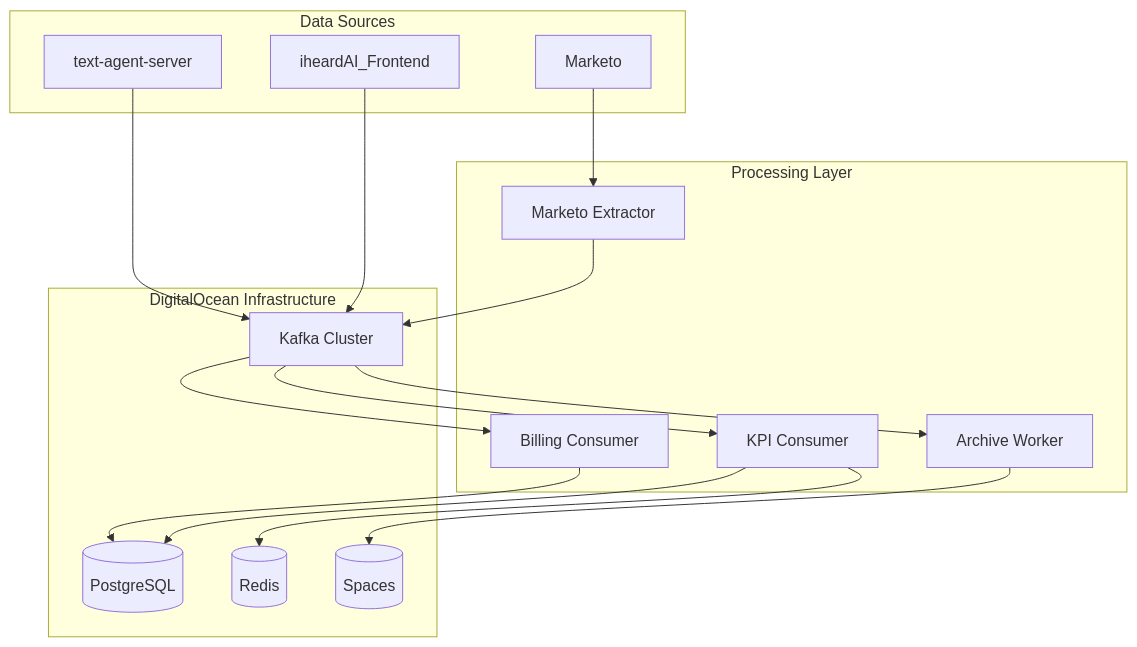
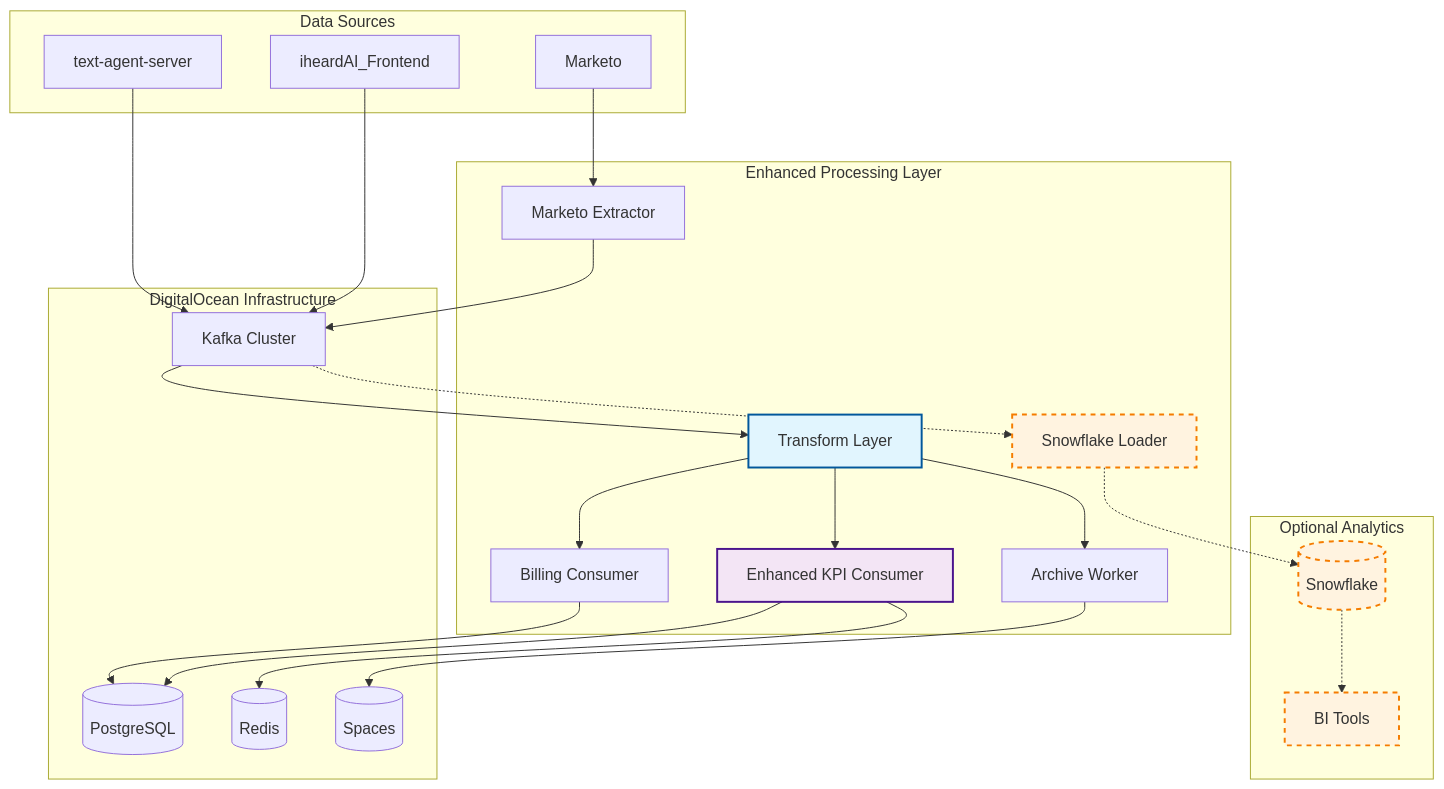
The first of 2 diagrams in README.md (SankaiAI/iheardai-data-pipeline), drawn with Mermaid before and after one commit. The commit also changed other lines of this file and 12 other files, not shown here.

First line of the commit message:
Add comprehensive Transform Layer with enhanced analytics

````diff
--- a/README.md
+++ b/README.md
@@ -12,36 +12,54 @@
 ```mermaid
 graph TB
     subgraph "Data Sources"
         FE[iheardAI_Frontend]
         TS[text-agent-server]
         MK[Marketo]
     end
     
     subgraph "DigitalOcean Infrastructure"
         KAFKA[Kafka Cluster]
         PG[(PostgreSQL)]
         REDIS[(Redis)]
         SPACES[(Spaces)]
     end
     
-    subgraph "Processing Layer"
-        KPI[KPI Consumer]
+    subgraph "Optional Analytics"
+        SF[(Snowflake)]
+        BI[BI Tools]
+    end
+    
+    subgraph "Enhanced Processing Layer"
+        TRANS[Transform Layer]
+        EKPI[Enhanced KPI Consumer]
         BILL[Billing Consumer]
         ARCH[Archive Worker]
         MKE[Marketo Extractor]
+        SFLOAD[Snowflake Loader]
     end
     
     FE --> KAFKA
     TS --> KAFKA
     MKE --> KAFKA
     MK --> MKE
     
-    KAFKA --> KPI
-    KAFKA --> BILL
-    KAFKA --> ARCH
+    KAFKA --> TRANS
+    TRANS --> EKPI
+    TRANS --> BILL
+    TRANS --> ARCH
+    KAFKA -.-> SFLOAD
     
-    KPI --> PG
-    KPI --> REDIS
+    EKPI --> PG
+    EKPI --> REDIS
     BILL --> PG
     ARCH --> SPACES
+    SFLOAD -.-> SF
+    SF -.-> BI
+    
+    classDef transform fill:#e1f5fe,stroke:#01579b,stroke-width:2px
+    classDef enhanced fill:#f3e5f5,stroke:#4a148c,stroke-width:2px
+    classDef optional fill:#fff3e0,stroke:#f57c00,stroke-width:2px,stroke-dasharray: 5 5
+    class TRANS transform
+    class EKPI enhanced
+    class SF,BI,SFLOAD optional
 ```
````
